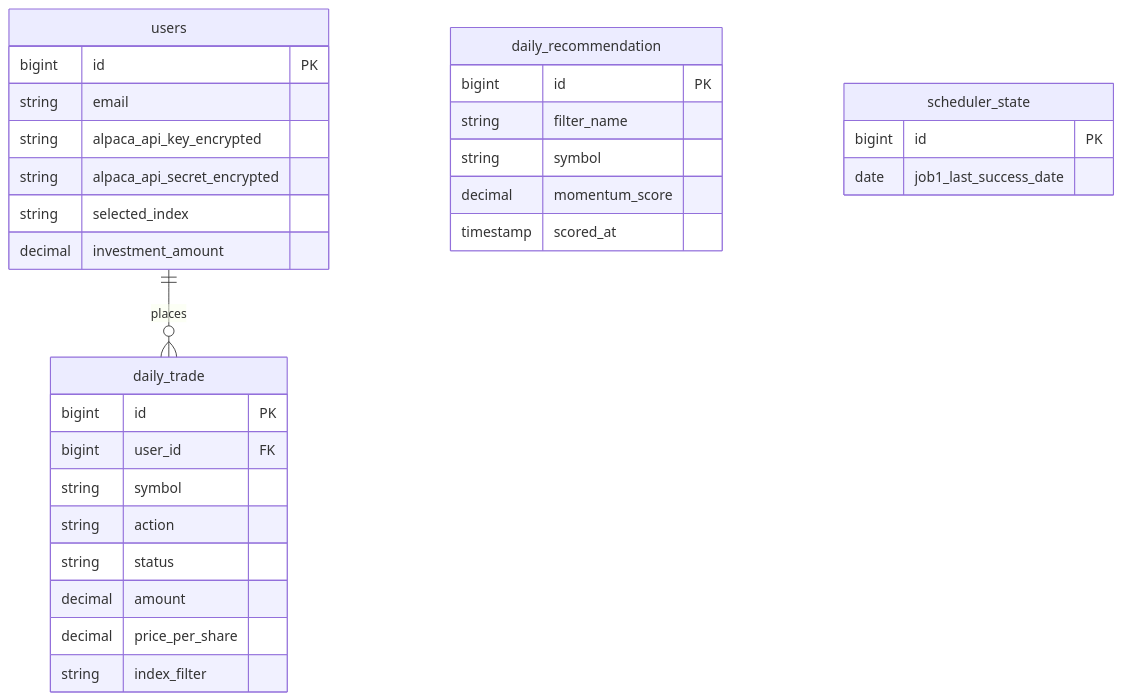
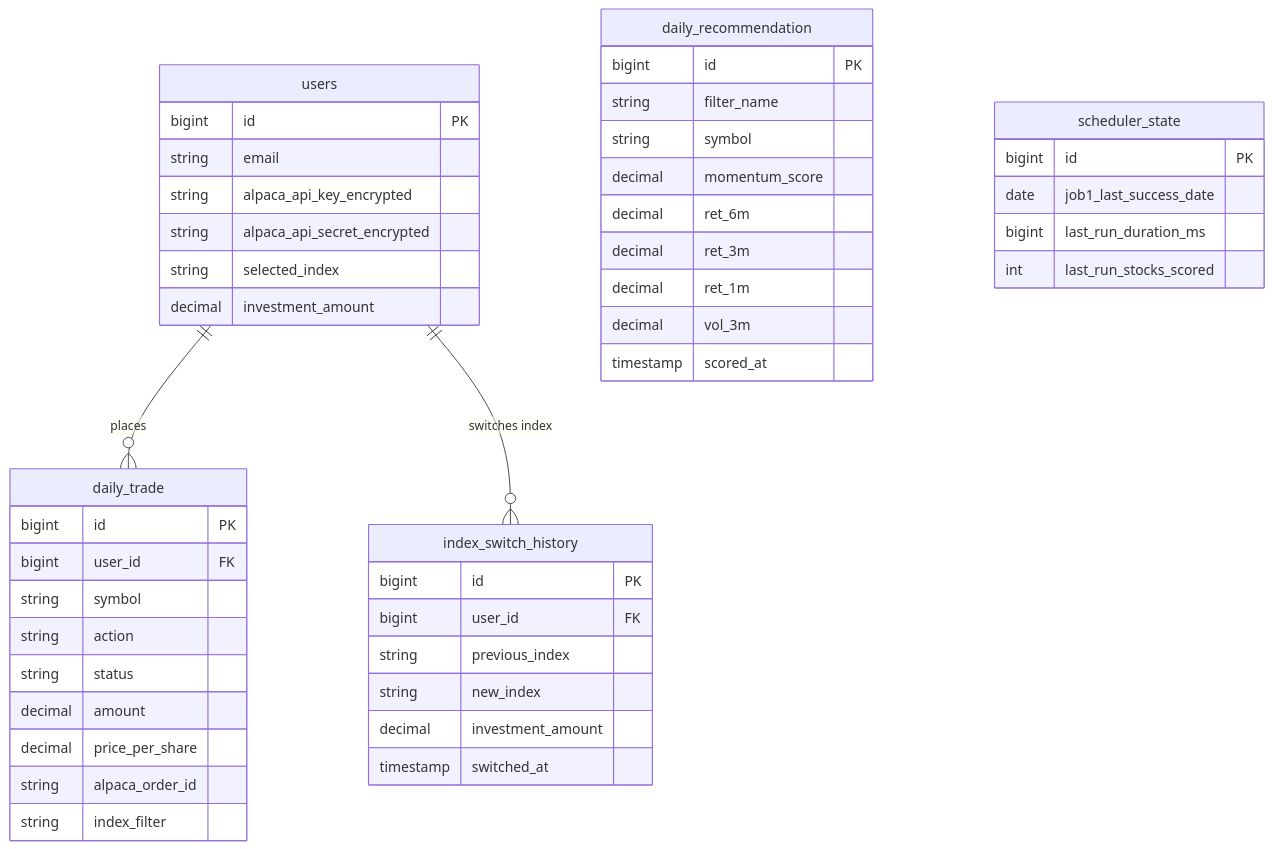
Before and after one commit to shivam-tamboli/momentum-trading-system: the fourth of 5 diagrams in ARCHITECTURE.md, drawn with Mermaid. The commit also changed other lines of this file and 1 other file, not shown here.

Commit message:
docs: update README and ARCHITECTURE with latest changes

````diff
--- a/ARCHITECTURE.md
+++ b/ARCHITECTURE.md
@@ -92,34 +99,50 @@
 ```mermaid
 erDiagram
     users ||--o{ daily_trade : "places"
+    users ||--o{ index_switch_history : "switches index"
 
     users {
         bigint id PK
         string email
         string alpaca_api_key_encrypted
         string alpaca_api_secret_encrypted
         string selected_index
         decimal investment_amount
     }
     daily_recommendation {
         bigint id PK
         string filter_name
         string symbol
         decimal momentum_score
+        decimal ret_6m
+        decimal ret_3m
+        decimal ret_1m
+        decimal vol_3m
         timestamp scored_at
     }
     daily_trade {
         bigint id PK
         bigint user_id FK
         string symbol
         string action
         string status
         decimal amount
         decimal price_per_share
+        string alpaca_order_id
         string index_filter
+    }
+    index_switch_history {
+        bigint id PK
+        bigint user_id FK
+        string previous_index
+        string new_index
+        decimal investment_amount
+        timestamp switched_at
     }
     scheduler_state {
         bigint id PK
         date job1_last_success_date
+        bigint last_run_duration_ms
+        int last_run_stocks_scored
     }
 ```
````
